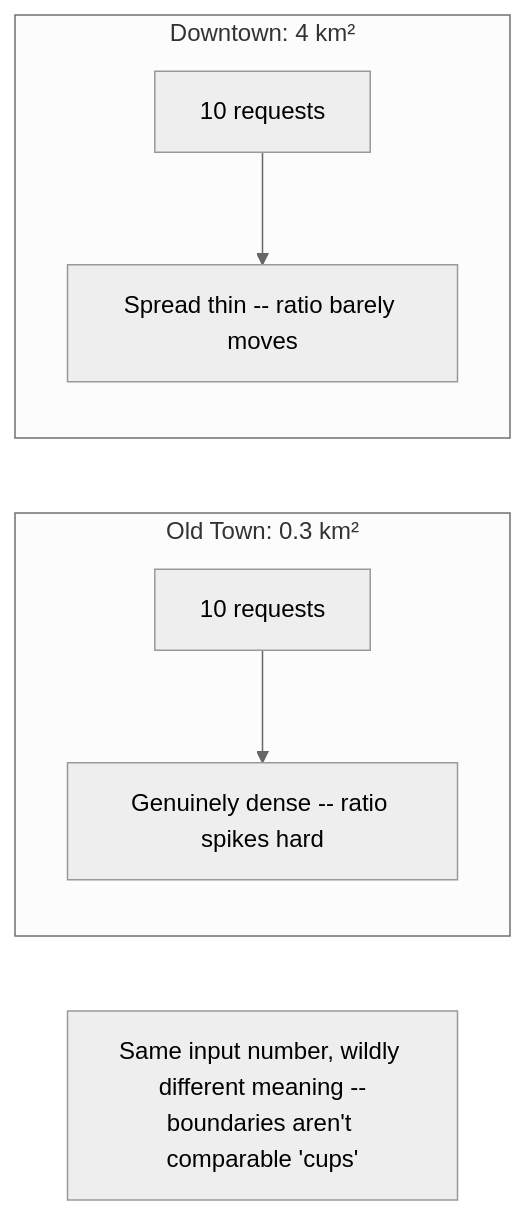
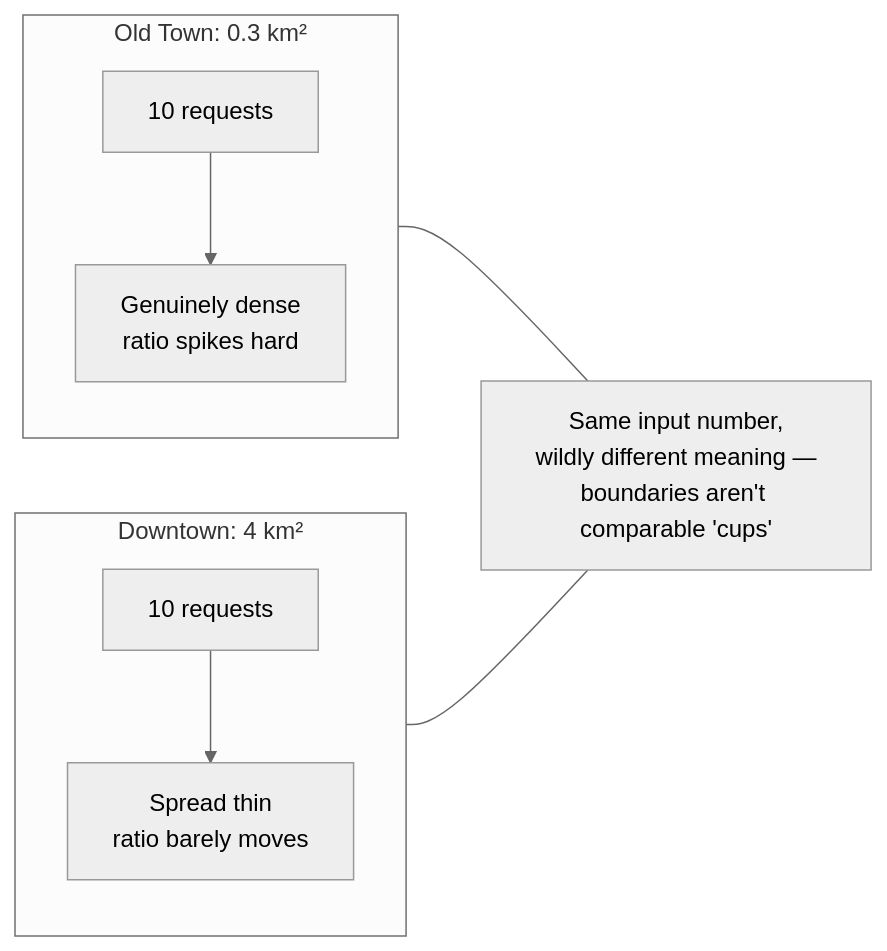
One commit to riyaz-pasha/Learnings changed the third of 13 diagrams in system-design/HLD/0-course/53-Design-Uber-Surge-Pricing-Engine-FAANG-Guide-story.md. Above: the diagram before and after it, drawn with Mermaid (neutral theme). The commit also changed other lines of this file and 1 other file, not shown here.

Commit message:
[REWRITE] Uber Surge Pricing Engine story guide: simplify prose, add structure, fix diagrams

````diff
--- a/system-design/HLD/0-course/53-Design-Uber-Surge-Pricing-Engine-FAANG-Guide-story.md
+++ b/system-design/HLD/0-course/53-Design-Uber-Surge-Pricing-Engine-FAANG-Guide-story.md
@@ -59,10 +152,12 @@
 ```mermaid
 flowchart LR
     subgraph OldTown["Old Town: 0.3 km²"]
-        A1["10 requests"] --> B1["Genuinely dense -- ratio spikes hard"]
+        A1["10 requests"] --> B1["Genuinely dense<br/>ratio spikes hard"]
     end
     subgraph Downtown2["Downtown: 4 km²"]
-        A2["10 requests"] --> B2["Spread thin -- ratio barely moves"]
+        A2["10 requests"] --> B2["Spread thin<br/>ratio barely moves"]
     end
-    Note["Same input number, wildly different meaning --\nboundaries aren't comparable 'cups'"]
+    Note["Same input number,<br/>wildly different meaning —<br/>boundaries aren't comparable 'cups'"]
+    OldTown --- Note
+    Downtown2 --- Note
 ```
````
